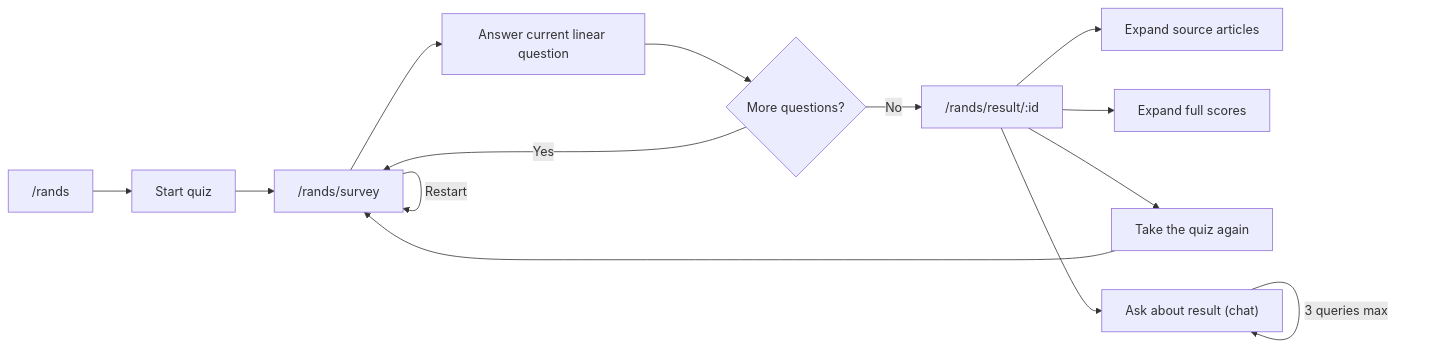
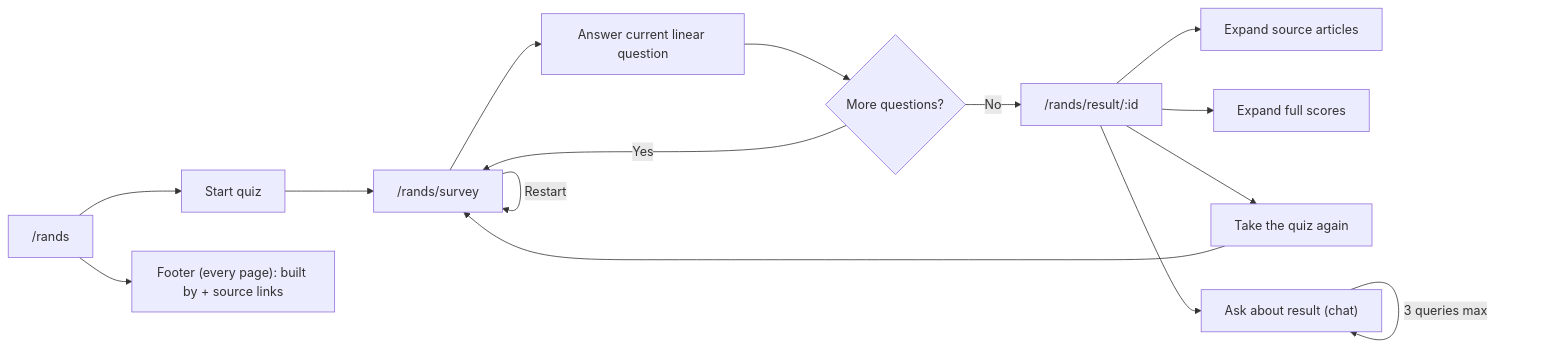
The second of 3 diagrams in architecture.md (johnpfeiffer/rands-personality-game), drawn with Mermaid before and after one commit. The commit also changed other lines of this file and 5 other files, not shown here.

First line of the commit message:
add a built-by footer with LinkedIn and GitHub source links

````diff
--- a/architecture.md
+++ b/architecture.md
@@ -48,16 +49,17 @@
 ```mermaid
 flowchart LR
     A["/rands"] --> B["Start quiz"]
+    A --> K["Footer (every page): built by + source links"]
     B --> C["/rands/survey"]
     C --> D["Answer current linear question"]
     D --> E{"More questions?"}
     E -->|Yes| C
     E -->|No| F["/rands/result/:id"]
     C -->|Restart| C
     F --> G["Expand source articles"]
     F --> H["Expand full scores"]
     F --> I["Take the quiz again"]
     F --> J["Ask about result (chat)"]
     J -->|3 queries max| J
     I --> C
 ```
````
